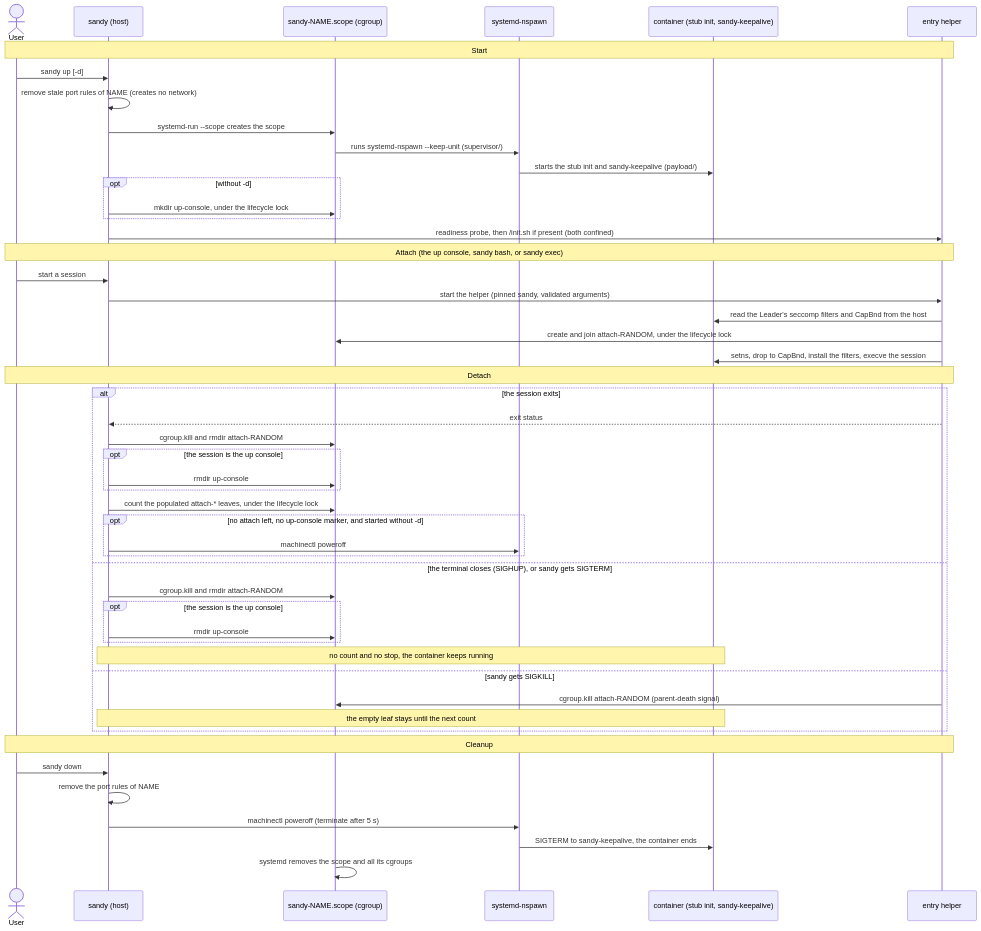
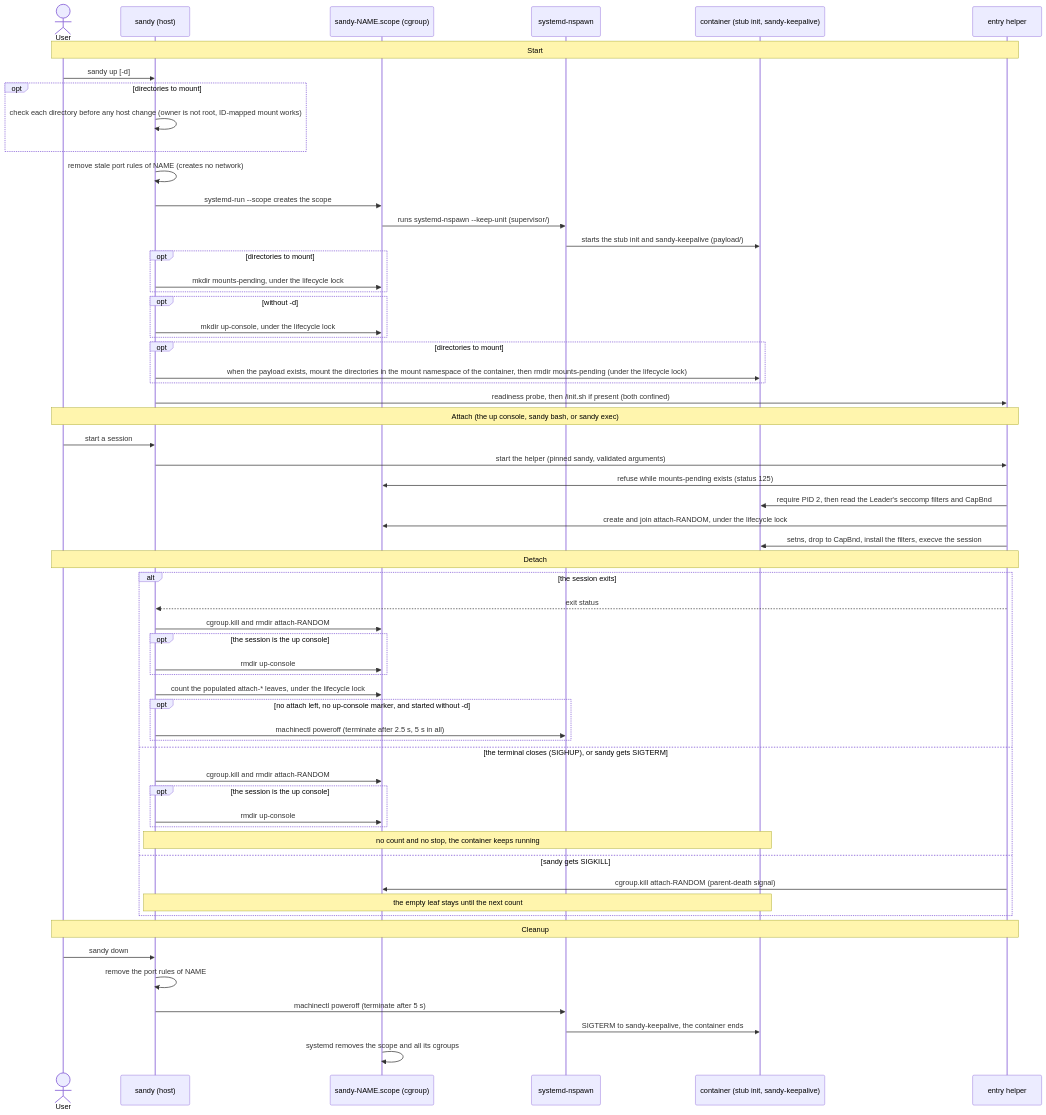
Before and after one commit to jdstrand/sandy: the diagram in README.md, drawn with Mermaid. The commit also changed other lines of this file and 13 other files, not shown here.

````diff
--- a/README.md
+++ b/README.md
@@ -273,56 +577,66 @@
 ```mermaid
 sequenceDiagram
     actor U as User
     participant S as sandy (host)
     participant C as sandy-NAME.scope (cgroup)
     participant N as systemd-nspawn
     participant K as container (stub init, sandy-keepalive)
     participant H as entry helper
 
     Note over U,H: Start
     U->>S: sandy up [-d]
+    opt directories to mount
+        S->>S: check each directory before any host change (owner is not root, ID-mapped mount works)
+    end
     S->>S: remove stale port rules of NAME (creates no network)
     S->>C: systemd-run --scope creates the scope
     C->>N: runs systemd-nspawn --keep-unit (supervisor/)
     N->>K: starts the stub init and sandy-keepalive (payload/)
+    opt directories to mount
+        S->>C: mkdir mounts-pending, under the lifecycle lock
+    end
     opt without -d
         S->>C: mkdir up-console, under the lifecycle lock
+    end
+    opt directories to mount
+        S->>K: when the payload exists, mount the directories in the mount namespace of the container, then rmdir mounts-pending (under the lifecycle lock)
     end
     S->>H: readiness probe, then /init.sh if present (both confined)
 
     Note over U,H: Attach (the up console, sandy bash, or sandy exec)
     U->>S: start a session
     S->>H: start the helper (pinned sandy, validated arguments)
-    H->>K: read the Leader's seccomp filters and CapBnd from the host
+    H->>C: refuse while mounts-pending exists (status 125)
+    H->>K: require PID 2, then read the Leader's seccomp filters and CapBnd
     H->>C: create and join attach-RANDOM, under the lifecycle lock
     H->>K: setns, drop to CapBnd, install the filters, execve the session
 
     Note over U,H: Detach
     alt the session exits
         H-->>S: exit status
         S->>C: cgroup.kill and rmdir attach-RANDOM
         opt the session is the up console
             S->>C: rmdir up-console
         end
         S->>C: count the populated attach-* leaves, under the lifecycle lock
         opt no attach left, no up-console marker, and started without -d
-            S->>N: machinectl poweroff
+            S->>N: machinectl poweroff (terminate after 2.5 s, 5 s in all)
         end
     else the terminal closes (SIGHUP), or sandy gets SIGTERM
         S->>C: cgroup.kill and rmdir attach-RANDOM
         opt the session is the up console
             S->>C: rmdir up-console
         end
         Note over S,K: no count and no stop, the container keeps running
     else sandy gets SIGKILL
         H->>C: cgroup.kill attach-RANDOM (parent-death signal)
         Note over S,K: the empty leaf stays until the next count
     end
 
     Note over U,H: Cleanup
     U->>S: sandy down
     S->>S: remove the port rules of NAME
     S->>N: machinectl poweroff (terminate after 5 s)
     N->>K: SIGTERM to sandy-keepalive, the container ends
     C->>C: systemd removes the scope and all its cgroups
 ```
````
